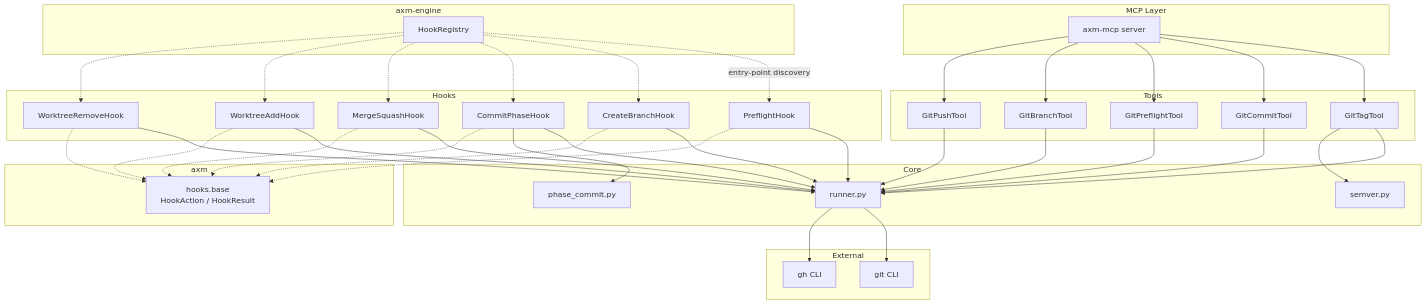
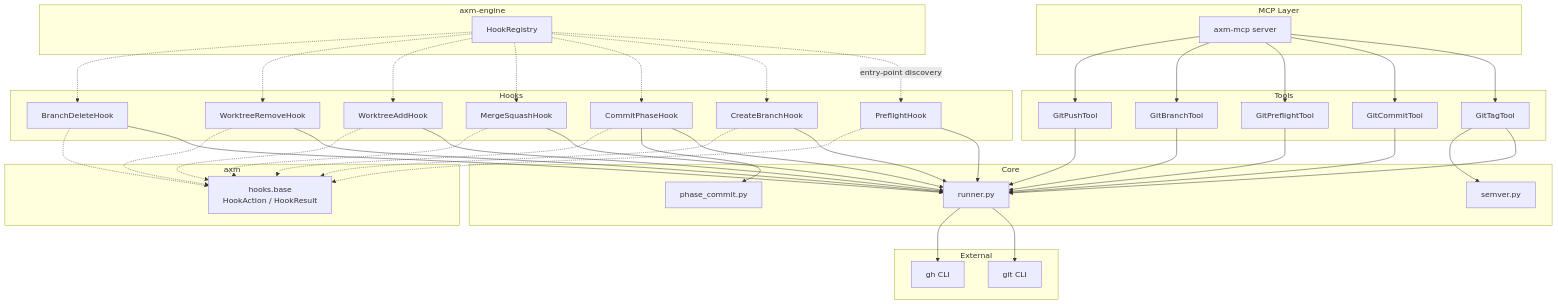
The diagram in packages/axm-git/docs/explanation/architecture.md (axm-protocols/axm-forge), drawn with Mermaid before and after one commit. The commit also changed other lines of this file and 1 other file, not shown here.

Commit message:
docs(git): add BranchDeleteHook to README and architecture diagram [AXM-677]

````diff
--- a/packages/axm-git/docs/explanation/architecture.md
+++ b/packages/axm-git/docs/explanation/architecture.md
@@ -7,75 +7,79 @@
 ```mermaid
 graph TD
     subgraph "MCP Layer"
         MCP["axm-mcp server"]
     end
 
     subgraph "Tools"
         Tag["GitTagTool"]
         Commit["GitCommitTool"]
         Preflight["GitPreflightTool"]
         Branch["GitBranchTool"]
         Push["GitPushTool"]
     end
 
     subgraph "Hooks"
         PF["PreflightHook"]
         CB["CreateBranchHook"]
+        BD["BranchDeleteHook"]
         CP["CommitPhaseHook"]
         MS["MergeSquashHook"]
         WA["WorktreeAddHook"]
         WR["WorktreeRemoveHook"]
     end
 
     subgraph "Core"
         Runner["runner.py"]
         Semver["semver.py"]
         PhaseCommit["phase_commit.py"]
     end
 
     subgraph "External"
         Git["git CLI"]
         GH["gh CLI"]
     end
 
     subgraph "axm"
         HookBase["hooks.base<br>HookAction / HookResult"]
     end
 
     subgraph "axm-engine"
         Registry["HookRegistry"]
     end
 
     MCP --> Tag
     MCP --> Commit
     MCP --> Preflight
     MCP --> Branch
     MCP --> Push
     Tag --> Runner
     Tag --> Semver
     Commit --> Runner
     Preflight --> Runner
     Branch --> Runner
     Push --> Runner
     PF --> Runner
     CB --> Runner
     CP --> Runner
     CP --> PhaseCommit
     MS --> Runner
     WA --> Runner
     WR --> Runner
+    BD --> Runner
     Runner --> Git
     Runner --> GH
     PF -.-> HookBase
     CB -.-> HookBase
     CP -.-> HookBase
     MS -.-> HookBase
     WA -.-> HookBase
     WR -.-> HookBase
+    BD -.-> HookBase
     Registry -.->|"entry-point discovery"| PF
     Registry -.-> CB
     Registry -.-> CP
     Registry -.-> MS
     Registry -.-> WA
     Registry -.-> WR
+    Registry -.-> BD
 ```
````
